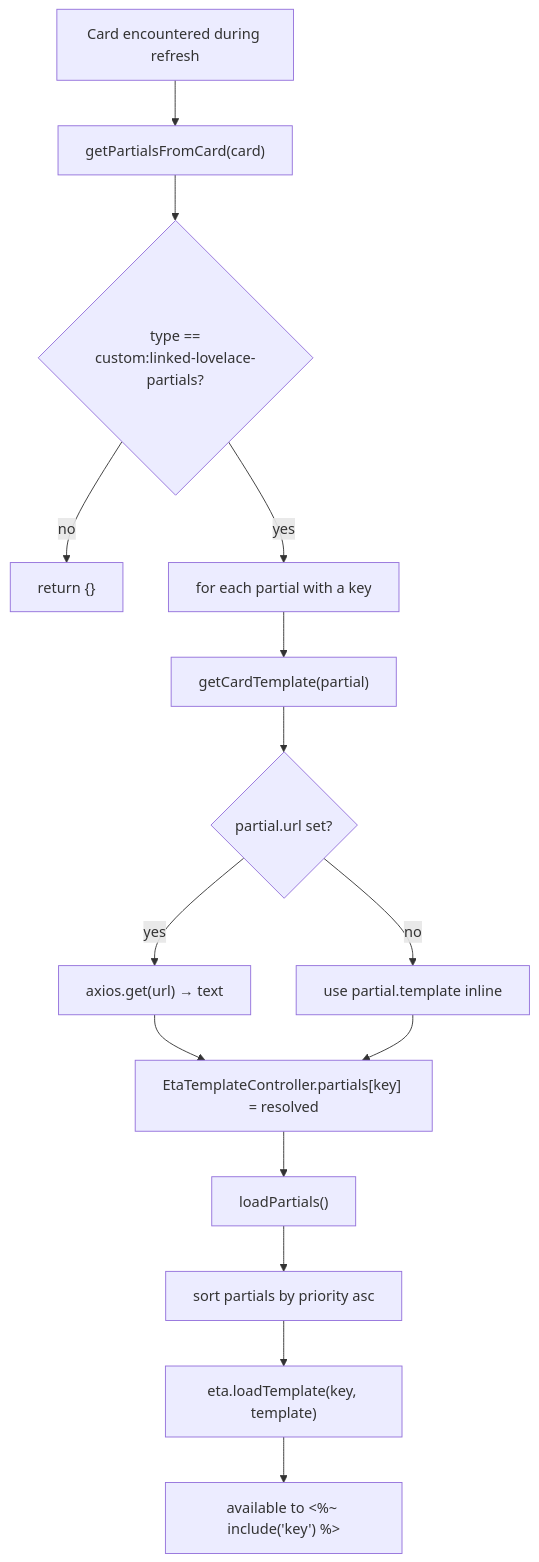
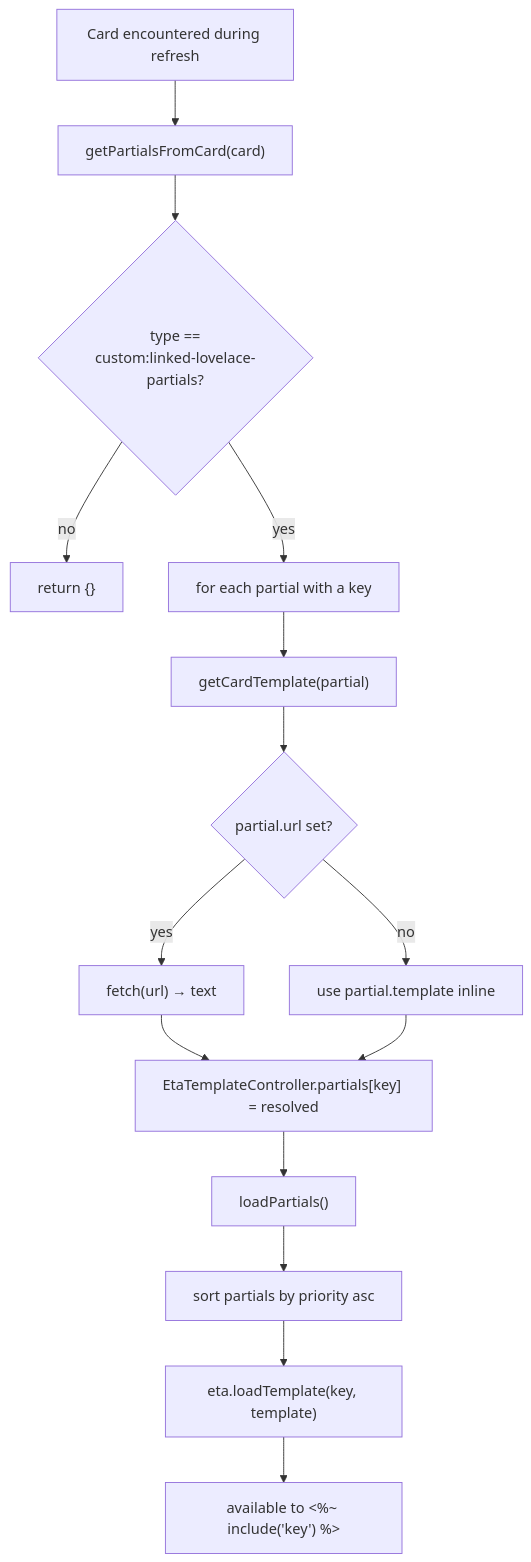
Before and after one commit to daredoes/linked-lovelace-ui: the fourth of 9 diagrams in docs_site/lifecycles.md, drawn with Mermaid. The commit also changed other lines of this file, not shown here.

````diff
--- a/docs_site/lifecycles.md
+++ b/docs_site/lifecycles.md
@@ -96,16 +96,16 @@
 ```mermaid
 flowchart TD
     A["Card encountered during refresh"] --> B["getPartialsFromCard(card)"]
     B --> C{"type ==<br/>custom:linked-lovelace-partials?"}
     C -- no --> C0["return {}"]
     C -- yes --> D["for each partial with a key"]
     D --> E["getCardTemplate(partial)"]
     E --> F{"partial.url set?"}
-    F -- yes --> G["axios.get(url) → text"]
+    F -- yes --> G["fetch(url) → text"]
     F -- no --> H["use partial.template inline"]
     G & H --> I["EtaTemplateController.partials[key] = resolved"]
     I --> J["loadPartials()"]
     J --> K["sort partials by priority asc"]
     K --> L["eta.loadTemplate(key, template)"]
     L --> M["available to &lt;%~ include('key') %&gt;"]
 ```
````
